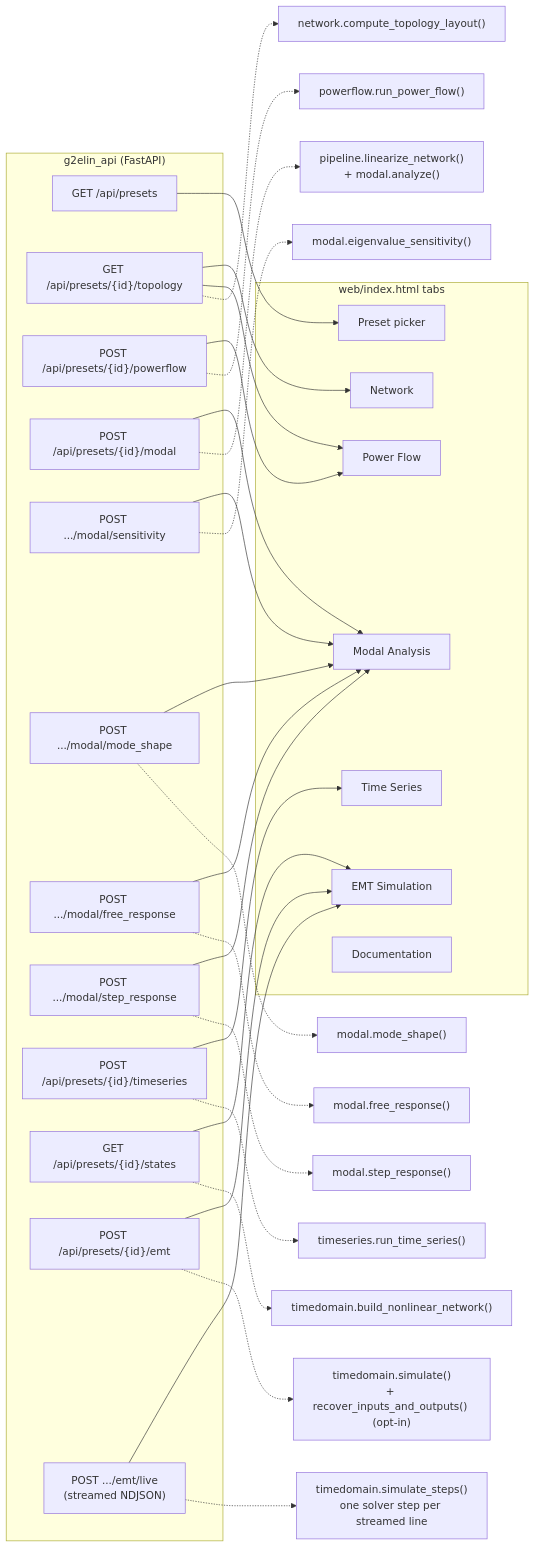
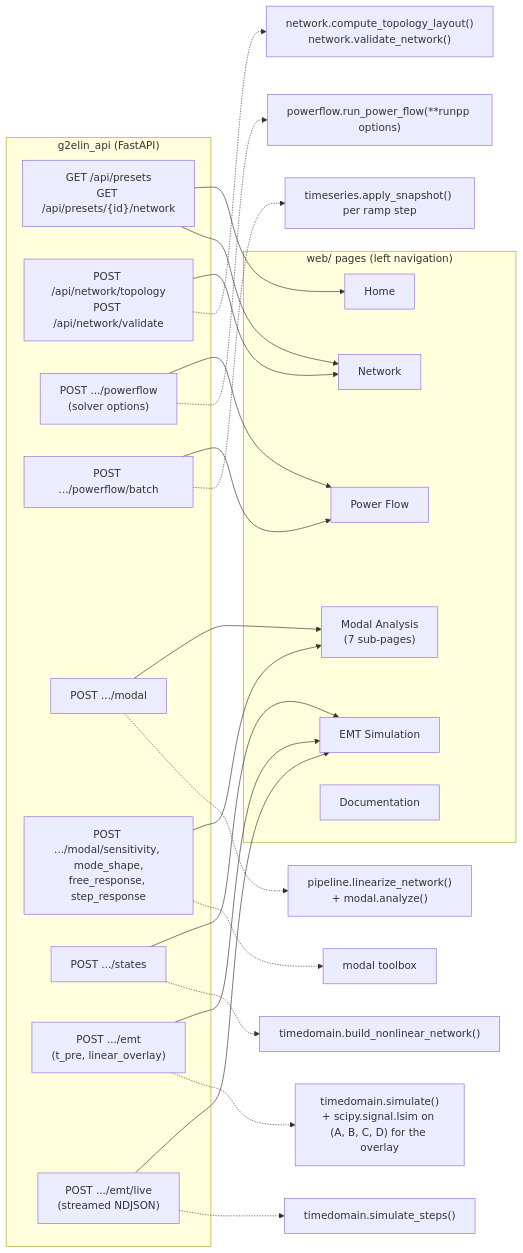
The first of 2 diagrams in python/docs/sphinx/api_and_web.md (FKELADA/G2ELin), drawn with Mermaid before and after one commit. The commit also changed other lines of this file and 29 other files, not shown here.

````diff
--- a/python/docs/sphinx/api_and_web.md
+++ b/python/docs/sphinx/api_and_web.md
@@ -12,51 +17,41 @@
 ```{mermaid}
 flowchart LR
     subgraph API["g2elin_api (FastAPI)"]
-        EP1["GET /api/presets"]
-        EPT["GET /api/presets/{id}/topology"]
-        EP2["POST /api/presets/{id}/powerflow"]
-        EP3["POST /api/presets/{id}/modal"]
-        EP3S["POST .../modal/sensitivity"]
-        EP3M["POST .../modal/mode_shape"]
-        EP3F["POST .../modal/free_response"]
-        EP3R["POST .../modal/step_response"]
-        EP4["POST /api/presets/{id}/timeseries"]
-        EP5["GET /api/presets/{id}/states"]
-        EP6["POST /api/presets/{id}/emt"]
+        EP1["GET /api/presets<br/>GET /api/presets/{id}/network"]
+        EPT["POST /api/network/topology<br/>POST /api/network/validate"]
+        EP2["POST .../powerflow<br/>(solver options)"]
+        EP2B["POST .../powerflow/batch"]
+        EP3["POST .../modal"]
+        EP3X["POST .../modal/sensitivity, mode_shape,<br/>free_response, step_response"]
+        EP5["POST .../states"]
+        EP6["POST .../emt<br/>(t_pre, linear_overlay)"]
         EP6L["POST .../emt/live<br/>(streamed NDJSON)"]
     end
-    subgraph UI["web/index.html tabs"]
-        T0["Preset picker"]
+    subgraph UI["web/ pages (left navigation)"]
+        T0["Home"]
+        TN["Network"]
         T1["Power Flow"]
-        T2["Modal Analysis"]
-        T3["Time Series"]
-        TN["Network"]
+        T2["Modal Analysis<br/>(7 sub-pages)"]
         T4["EMT Simulation"]
         T6["Documentation"]
     end
     EP1 --> T0
+    EP1 --> TN
     EPT --> TN
-    EPT --> T1
     EP2 --> T1
+    EP2B --> T1
     EP3 --> T2
-    EP3S --> T2
-    EP3M --> T2
-    EP3F --> T2
-    EP3R --> T2
-    EP4 --> T3
+    EP3X --> T2
     EP5 --> T4
     EP6 --> T4
     EP6L --> T4
 
-    EPT -.-> TOPO["network.compute_topology_layout()"]
-    EP2 -.-> PF["powerflow.run_power_flow()"]
+    EPT -.-> TOPO["network.compute_topology_layout()<br/>network.validate_network()"]
+    EP2 -.-> PF["powerflow.run_power_flow(**runpp options)"]
+    EP2B -.-> TS["timeseries.apply_snapshot() per ramp step"]
     EP3 -.-> PIPE["pipeline.linearize_network()<br/>+ modal.analyze()"]
-    EP3S -.-> SENS["modal.eigenvalue_sensitivity()"]
-    EP3M -.-> MSH["modal.mode_shape()"]
-    EP3F -.-> FREE["modal.free_response()"]
-    EP3R -.-> STEP["modal.step_response()"]
-    EP4 -.-> TS["timeseries.run_time_series()"]
+    EP3X -.-> TOOL["modal toolbox"]
     EP5 -.-> BNM["timedomain.build_nonlinear_network()"]
-    EP6 -.-> EMT["timedomain.simulate()<br/>+ recover_inputs_and_outputs() (opt-in)"]
-    EP6L -.-> EMTLIVE["timedomain.simulate_steps()<br/>one solver step per streamed line"]
+    EP6 -.-> EMT["timedomain.simulate()<br/>+ scipy.signal.lsim on (A, B, C, D) for the overlay"]
+    EP6L -.-> EMTLIVE["timedomain.simulate_steps()"]
 ```
````
